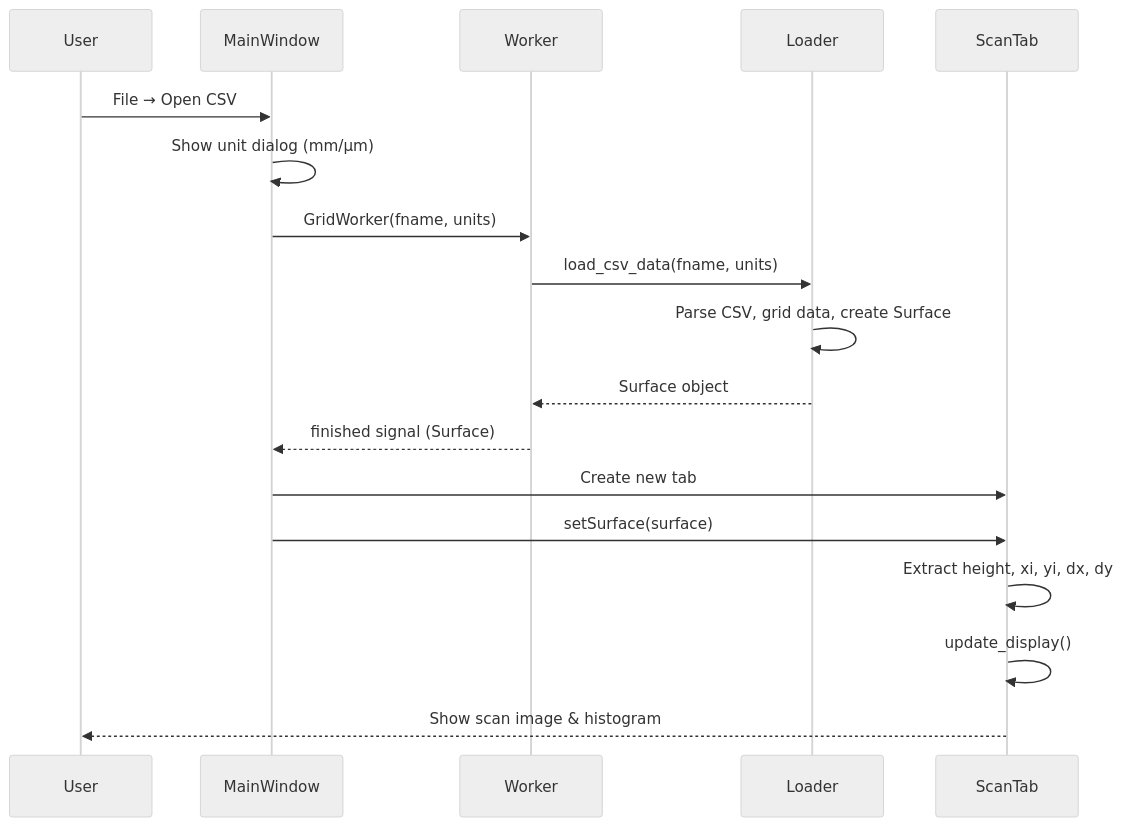
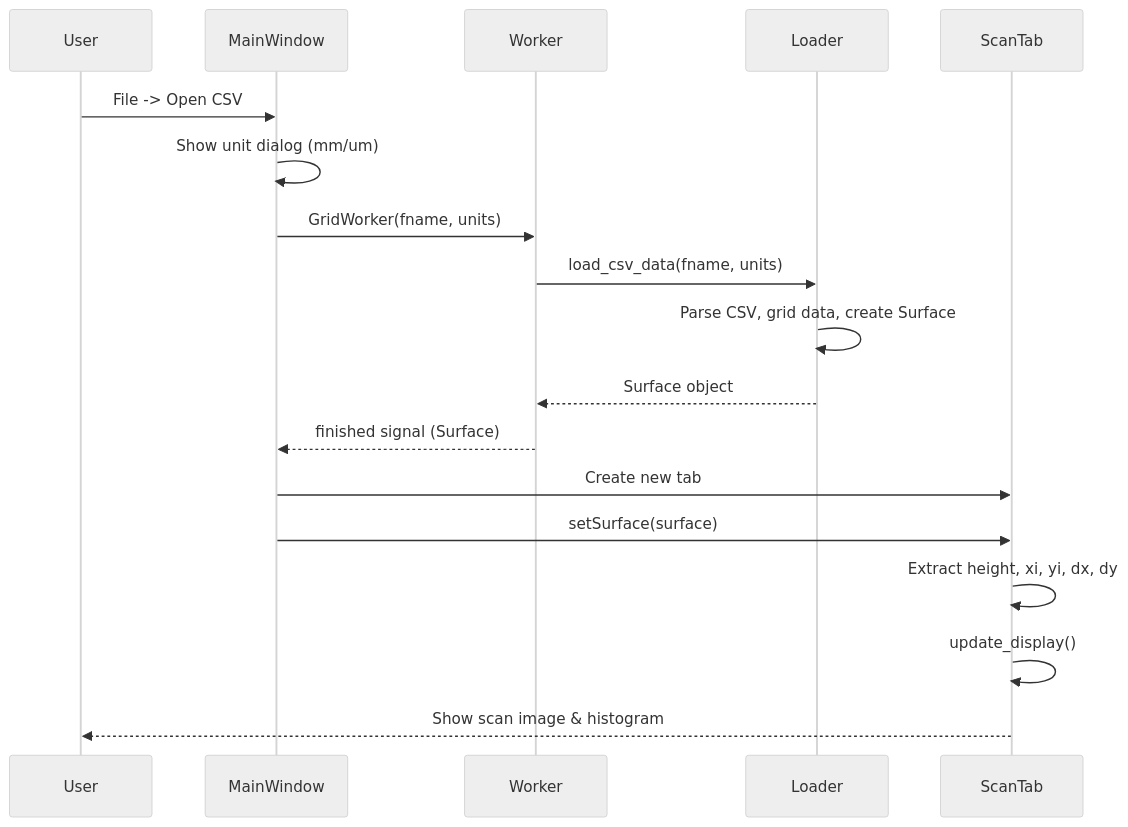
Before and after one commit to iitis/frasta: the second of 4 diagrams in ARCHITECTURE.md, drawn with Mermaid (neutral theme). The commit also changed other lines of this file and 21 other files, not shown here.

````diff
--- a/ARCHITECTURE.md
+++ b/ARCHITECTURE.md
@@ -387,21 +387,21 @@
 ```mermaid
 sequenceDiagram
     participant User
     participant MainWindow
     participant Worker
     participant Loader
     participant ScanTab
     
-    User->>MainWindow: File → Open CSV
-    MainWindow->>MainWindow: Show unit dialog (mm/μm)
+    User->>MainWindow: File -> Open CSV
+    MainWindow->>MainWindow: Show unit dialog (mm/um)
     MainWindow->>Worker: GridWorker(fname, units)
     Worker->>Loader: load_csv_data(fname, units)
     Loader->>Loader: Parse CSV, grid data, create Surface
     Loader-->>Worker: Surface object
     Worker-->>MainWindow: finished signal (Surface)
     MainWindow->>ScanTab: Create new tab
     MainWindow->>ScanTab: setSurface(surface)
     ScanTab->>ScanTab: Extract height, xi, yi, dx, dy
     ScanTab->>ScanTab: update_display()
     ScanTab-->>User: Show scan image & histogram
 ```
````
